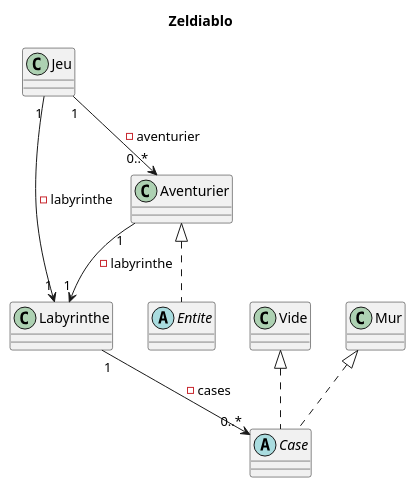
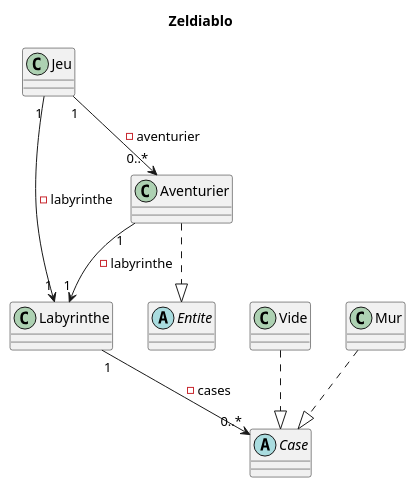
One commit to LoickNosal/2019_COO_Zeldiablo_Nosal9u_Demang146u_Sousa12u_Gsell5u changed the diagram in documents/version_01/diagramme_classe/diagramme.wsd. Above: the diagram before and after it, drawn with PlantUML. The commit also changed 3 other files, not shown here.

Commit message:
Correction diagramme de class

```diff
--- a/documents/version_01/diagramme_classe/diagramme.wsd
+++ b/documents/version_01/diagramme_classe/diagramme.wsd
@@ -1,42 +1,42 @@
 @startuml 
 title Zeldiablo
 
 
 class Jeu {
 
 }
 
 class Labyrinthe {
 
 }
 
 abstract Case {
 
 }
 
 class Vide {
 
 }
 
 class Mur {
 
 }
 
 abstract Entite {
 
 }
 
 class Aventurier {
 
 }
 
 Jeu "1" --> "1" Labyrinthe : -labyrinthe
 Labyrinthe "1" --> "0..*" Case : -cases
 Jeu "1" --> "0..*" Aventurier : -aventurier
 Aventurier "1" --> "1" Labyrinthe : -labyrinthe
 
-Vide <|.. Case
-Mur <|.. Case
-Aventurier <|.. Entite
+Vide ..|> Case
+Mur ..|> Case
+Aventurier ..|> Entite
 
 @enduml
```
